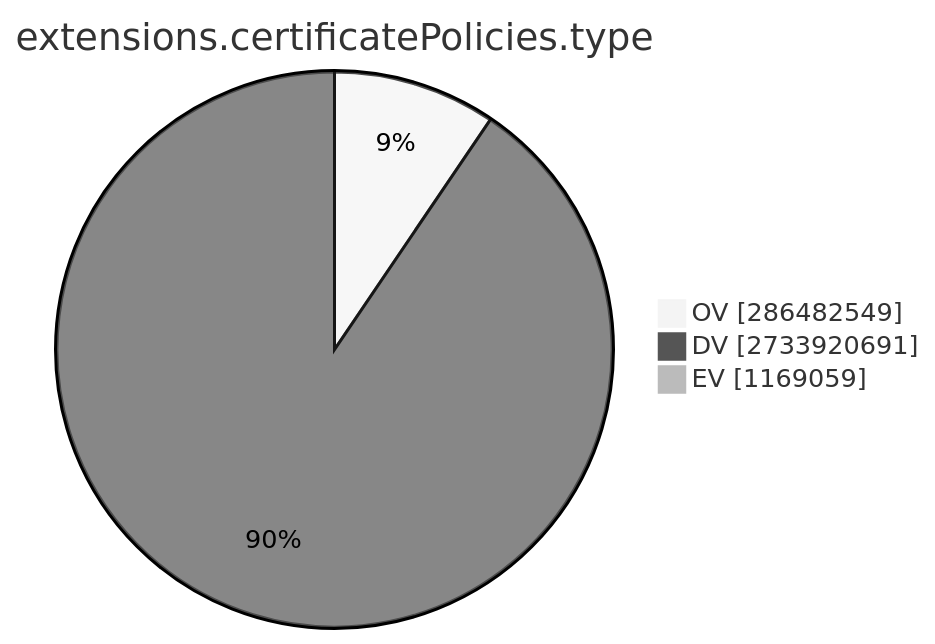
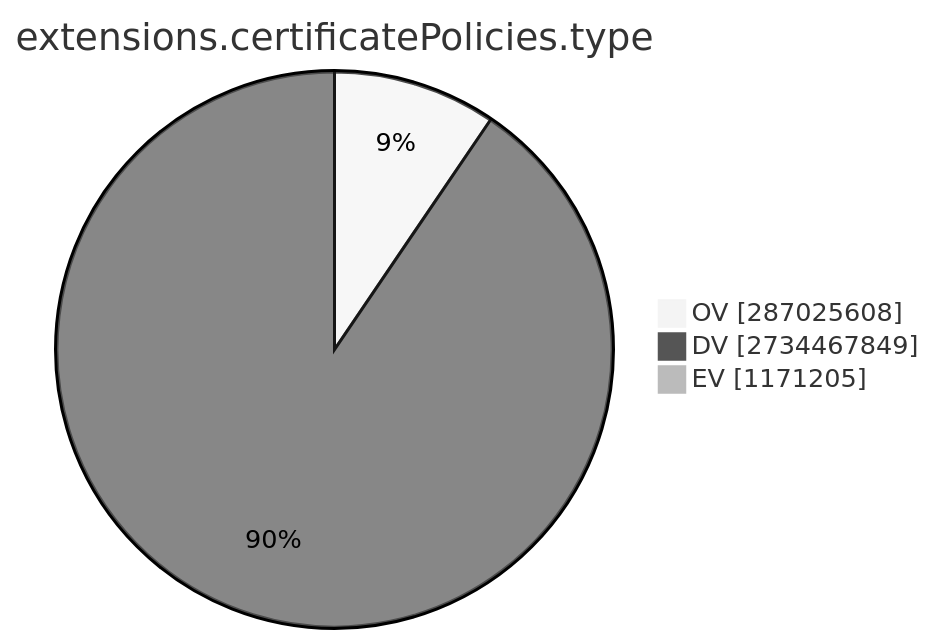
The ninth of 15 diagrams in TOTAL/README.md (christiankrug/ctmonitor_visualization), drawn with Mermaid (neutral theme) before and after one commit. The commit also changed other lines of this file, not shown here.

````diff
--- a/TOTAL/README.md
+++ b/TOTAL/README.md
@@ -3089,7 +3090,7 @@
 ```mermaid
 pie showData
 title extensions.certificatePolicies.type
-"OV" :286482549
-"DV" :2733920691
-"EV" :1169059
+"OV" :287025608
+"DV" :2734467849
+"EV" :1171205
 ```
````
